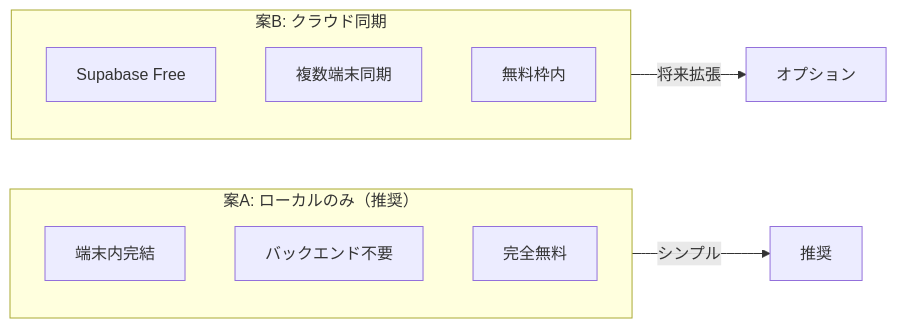
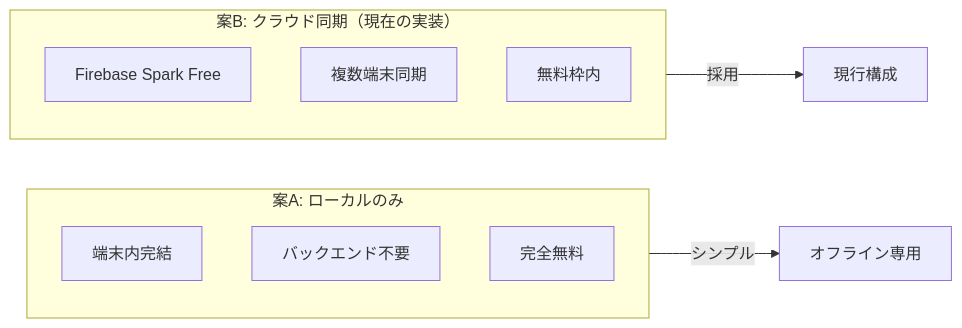
The first of 10 diagrams in docs/SYSTEM_ARCHITECTURE.md (Tetsuya4869/catDailyNoteApp), drawn with Mermaid before and after one commit. The commit also changed other lines of this file and 22 other files, not shown here.

First line of the commit message:
Migrate backend from Supabase to Firebase

````diff
--- a/docs/SYSTEM_ARCHITECTURE.md
+++ b/docs/SYSTEM_ARCHITECTURE.md
@@ -12,17 +12,17 @@
 ```mermaid
 flowchart LR
-    subgraph A["案A: ローカルのみ（推奨）"]
+    subgraph A["案A: ローカルのみ"]
         A1[端末内完結]
         A2[バックエンド不要]
         A3[完全無料]
     end
     
-    subgraph B["案B: クラウド同期"]
-        B1[Supabase Free]
+    subgraph B["案B: クラウド同期（現在の実装）"]
+        B1[Firebase Spark Free]
         B2[複数端末同期]
         B3[無料枠内]
     end
     
-    A -->|シンプル| 推奨
-    B -->|将来拡張| オプション
+    A -->|シンプル| オフライン専用
+    B -->|採用| 現行構成
 ```
````
